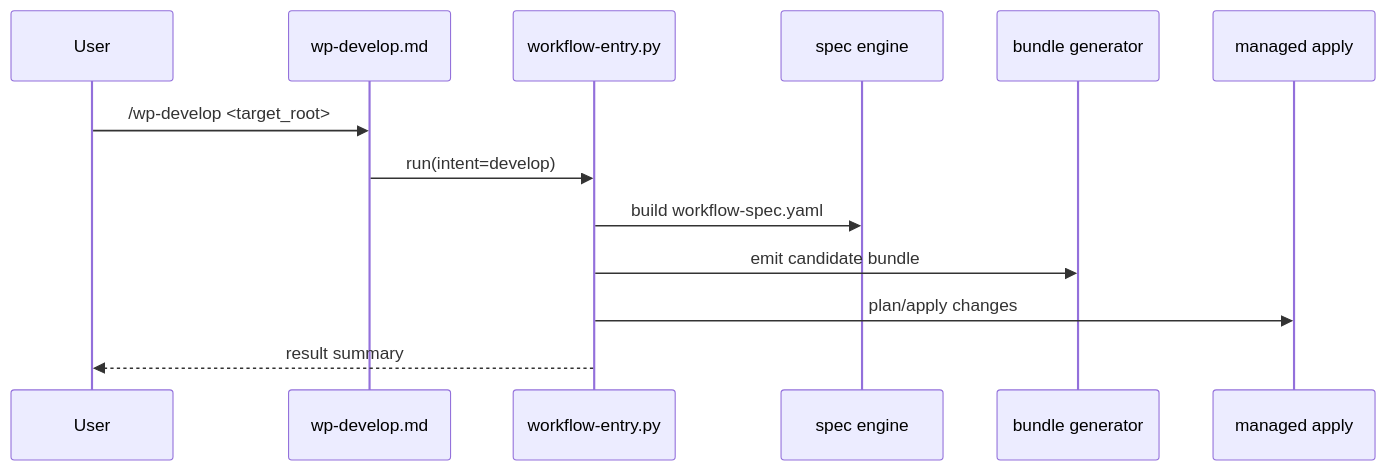
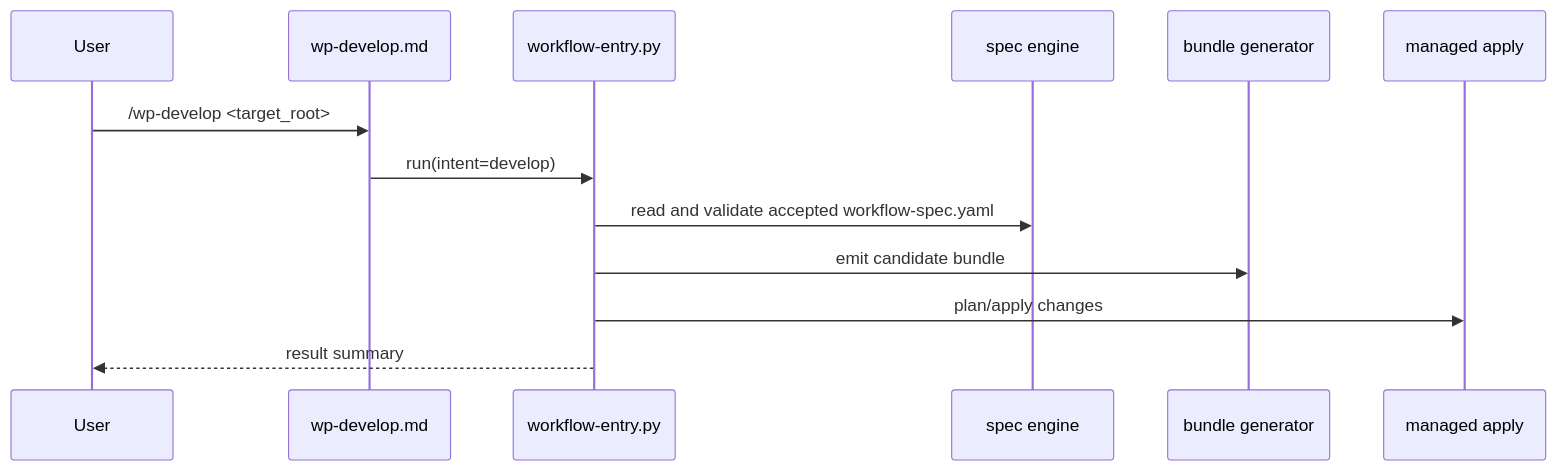
The third of 6 diagrams in design/opencode-v2-lowlevel-design.md (Logic70/workflowprogram-opencode), drawn with Mermaid before and after one commit. The commit also changed other lines of this file and 25 other files, not shown here.

First line of the commit message:
feat: consume graph workflow specs

````diff
--- a/design/opencode-v2-lowlevel-design.md
+++ b/design/opencode-v2-lowlevel-design.md
@@ -201,15 +201,15 @@
 ```mermaid
 sequenceDiagram
     participant User
     participant Cmd as wp-develop.md
     participant Entry as workflow-entry.py
     participant Spec as spec engine
     participant Gen as bundle generator
     participant Apply as managed apply
     User->>Cmd: /wp-develop <target_root>
     Cmd->>Entry: run(intent=develop)
-    Entry->>Spec: build workflow-spec.yaml
+    Entry->>Spec: read and validate accepted workflow-spec.yaml
     Entry->>Gen: emit candidate bundle
     Entry->>Apply: plan/apply changes
     Entry-->>User: result summary
 ```
````
